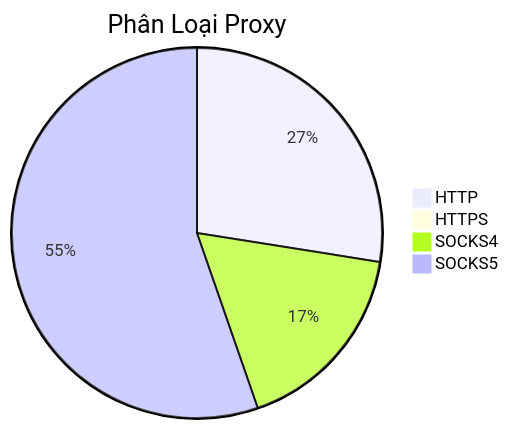
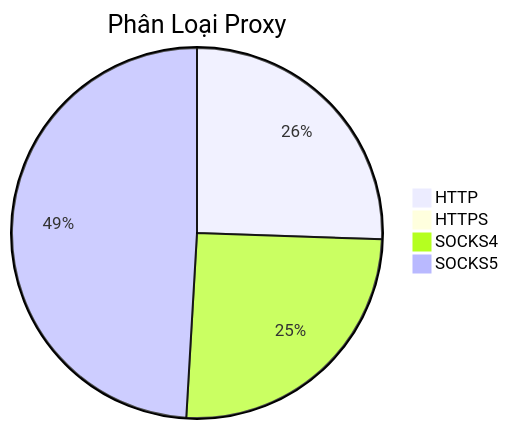
One commit to Ciara-Aa/PROXY-free changed the diagram in README.md. Above: the diagram before and after it, drawn with Mermaid. The commit also changed other lines of this file and 4 other files, not shown here.

````diff
--- a/README.md
+++ b/README.md
@@ -26,7 +26,7 @@
 ```mermaid
 pie title Phân Loại Proxy
-    "HTTP" : 181
-    "HTTPS" : 1
-    "SOCKS4" : 113
-    "SOCKS5" : 364
+    "HTTP" : 166
+    "HTTPS" : 0
+    "SOCKS4" : 165
+    "SOCKS5" : 319
 ```
````
